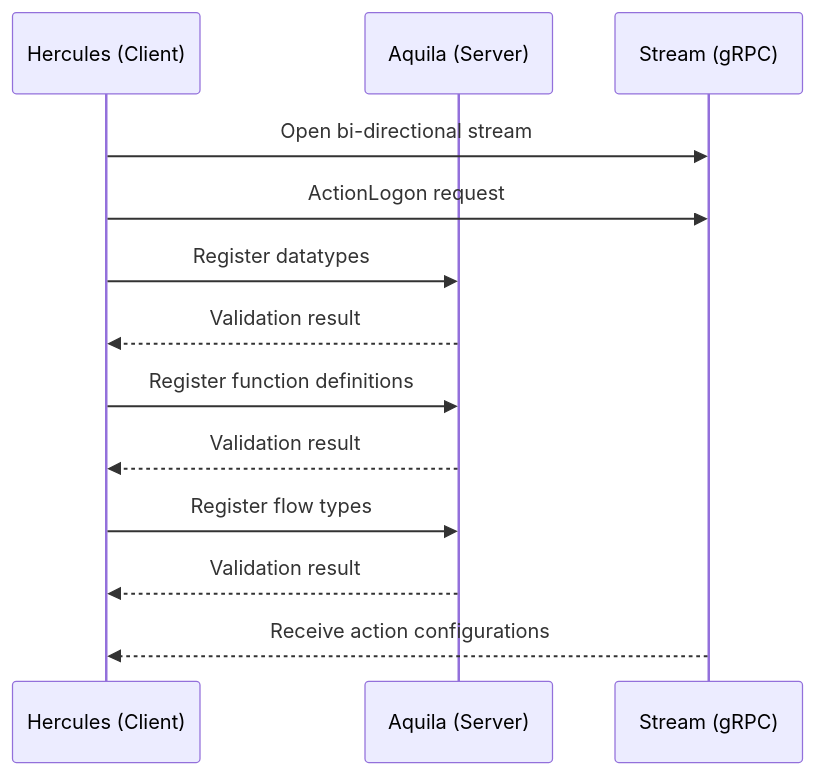
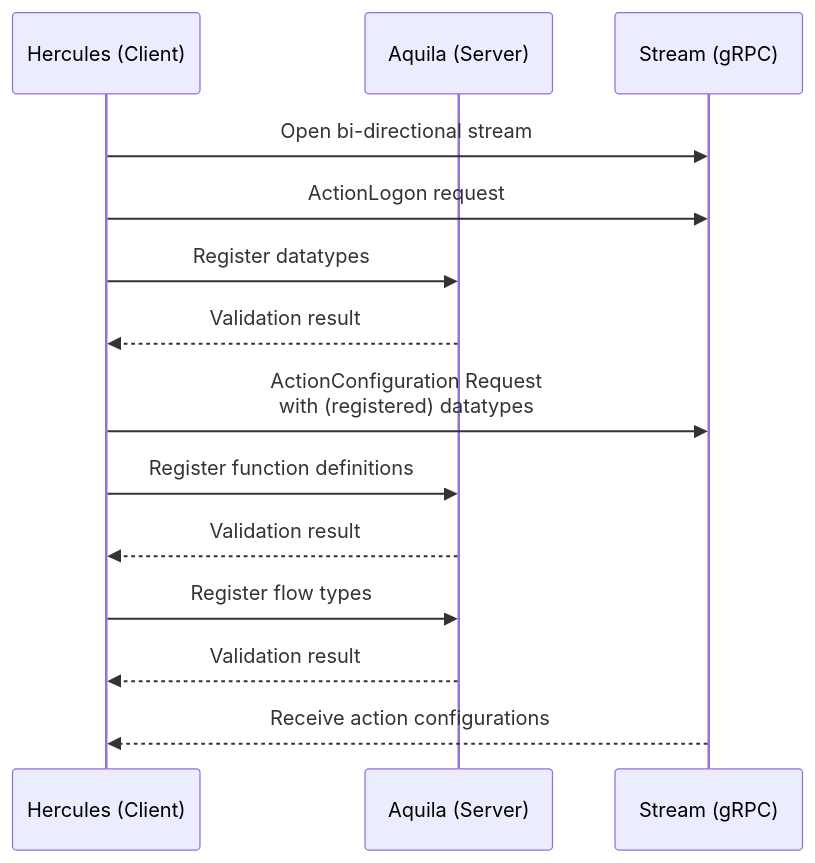
One commit to code0-tech/hercules changed the first of 3 diagrams in README.md. Above: the diagram before and after it, drawn with Mermaid. The commit also changed 6 other files, not shown here.

````diff
--- a/README.md
+++ b/README.md
@@ -11,20 +11,22 @@
 ```mermaid
 sequenceDiagram
     participant Hercules as Hercules (Client)
     participant Aquila as Aquila (Server)
     participant Stream as Stream (gRPC)
 
     Hercules->>Stream: Open bi-directional stream
     Hercules->>Stream: ActionLogon request
 
     Hercules->>Aquila: Register datatypes
     Aquila-->>Hercules: Validation result
+    
+    Hercules->>Stream: ActionConfiguration Request<br>with (registered) datatypes
 
     Hercules->>Aquila: Register function definitions
     Aquila-->>Hercules: Validation result
 
     Hercules->>Aquila: Register flow types
     Aquila-->>Hercules: Validation result
 
     Stream-->>Hercules: Receive action configurations
 ```
````
